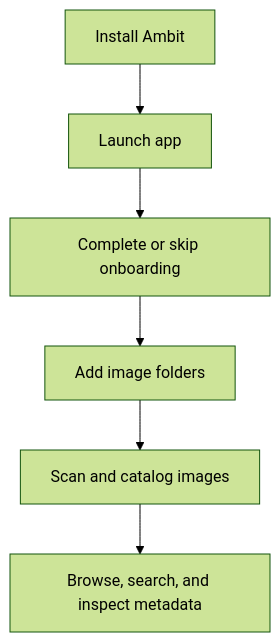
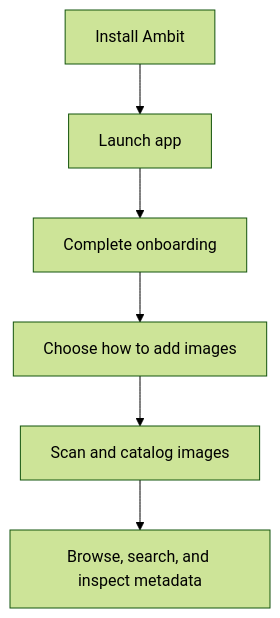
One commit to AsuraAce/ambit changed the diagram in docs/manual/getting-started.md. Above: the diagram before and after it, drawn with Mermaid (forest theme). The commit also changed other lines of this file and 17 other files, not shown here.

First line of the commit message:
feat(onboarding): improve setup flow and accessibility (#197)

````diff
--- a/docs/manual/getting-started.md
+++ b/docs/manual/getting-started.md
@@ -26,8 +26,8 @@
 ```mermaid
 flowchart TD
     A["Install Ambit"] --> B["Launch app"]
-    B --> C["Complete or skip onboarding"]
-    C --> D["Add image folders"]
+    B --> C["Complete onboarding"]
+    C --> D["Choose how to add images"]
     D --> E["Scan and catalog images"]
     E --> F["Browse, search, and inspect metadata"]
 ```
````
